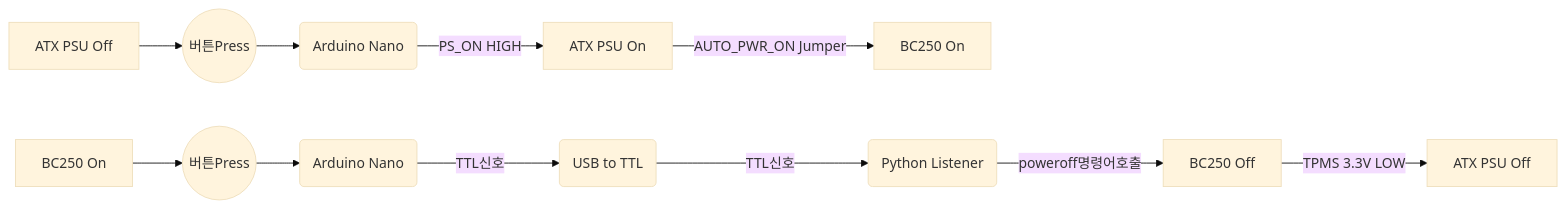
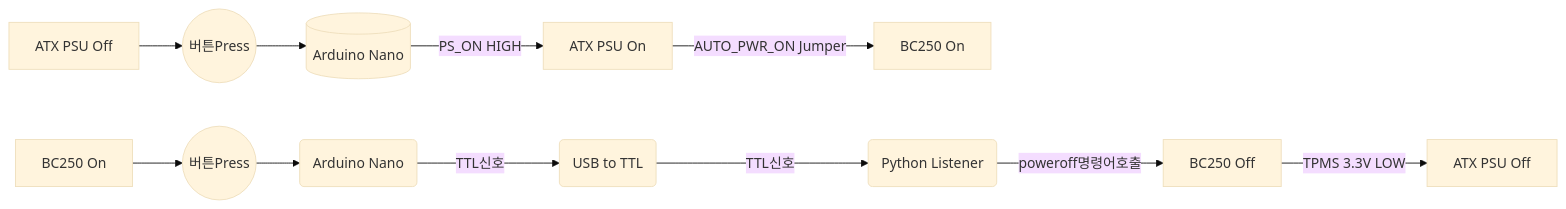
The first of 2 diagrams in README.md (coolsolgit/BC250-ATX-PSU-Control), drawn with Mermaid (base theme) before and after one commit.

Commit message:
Update diagram to use brackets for Arduino Nano

````diff
--- a/README.md
+++ b/README.md
@@ -23,14 +23,14 @@
 ```mermaid
 flowchart LR
 A1[ATX PSU Off] --> B1((버튼Press))
-  B1 --> C1(Arduino Nano)
+  B1 --> C1[(Arduino Nano)]
   C1 -->|PS_ON HIGH| D1[ATX PSU On]
   D1 -->|AUTO_PWR_ON Jumper| E1[BC250 On]
 A2[BC250 On] --> B2((버튼Press))
   B2 --> C2(Arduino Nano)
   C2 -->|TTL신호| D2(USB to TTL)
   D2 -->|TTL신호| E2(Python Listener)
   E2 -->|poweroff명령어호출| F2[BC250 Off]
   F2 -->|TPMS 3.3V LOW| G2[ATX PSU Off]
 
 ```
````
